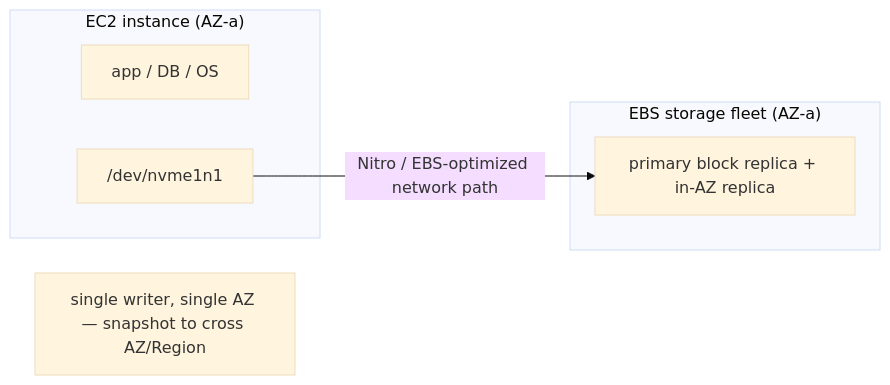
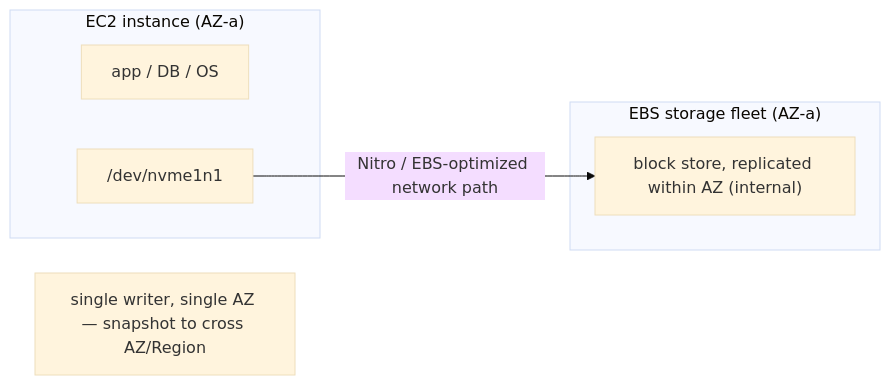
Before and after one commit to PaulSayantan/grokking-interview: the diagram in topics/system-design/aws-storage-ebs-efs-fsx/concepts.md, drawn with Mermaid (base theme). The commit also changed other lines of this file and 61 other files, not shown here.

````diff
--- a/topics/system-design/aws-storage-ebs-efs-fsx/concepts.md
+++ b/topics/system-design/aws-storage-ebs-efs-fsx/concepts.md
@@ -80,12 +80,12 @@
 ```mermaid
 flowchart LR
     subgraph EC2["EC2 instance (AZ-a)"]
         A["app / DB / OS"]
         B["/dev/nvme1n1"]
     end
     subgraph FLEET["EBS storage fleet (AZ-a)"]
-        C["primary block replica + in-AZ replica"]
+        C["block store, replicated within AZ (internal)"]
     end
     B -->|"Nitro / EBS-optimized network path"| C
     N["single writer, single AZ — snapshot to cross AZ/Region"]
 ```
````
